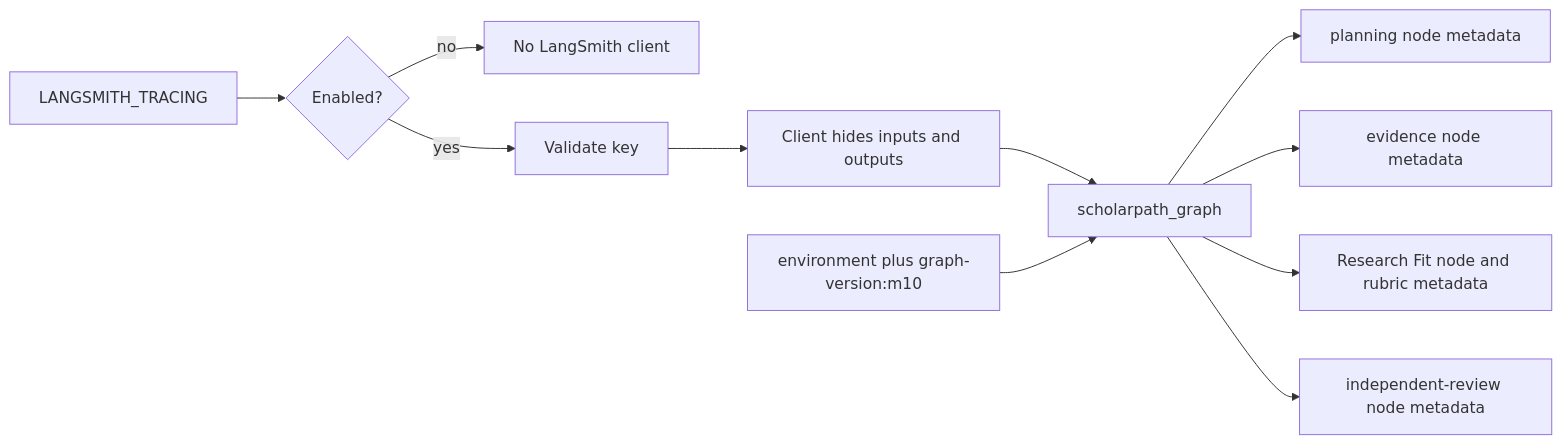
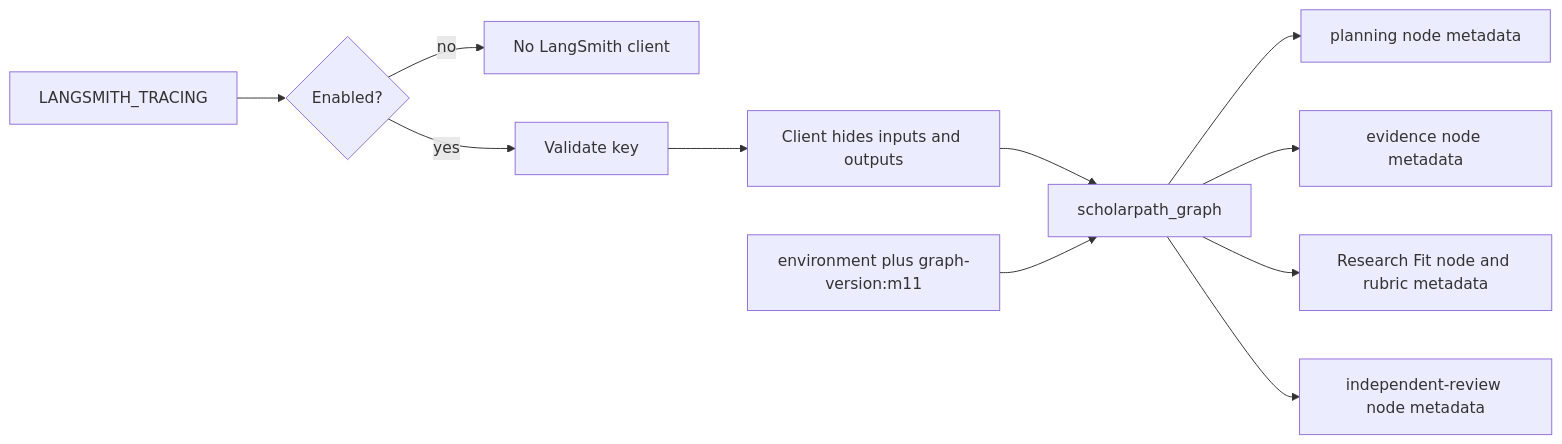
Before and after one commit to shanly-rajan/ai-builder: diagram 18 of 20 in projects/scholar-path/docs/architecture.md, drawn with Mermaid. The commit also changed other lines of this file and 25 other files, not shown here.

````diff
--- a/projects/scholar-path/docs/architecture.md
+++ b/projects/scholar-path/docs/architecture.md
@@ -633,13 +681,13 @@
 ```mermaid
 flowchart LR
     Env[LANGSMITH_TRACING] --> Enabled{Enabled?}
     Enabled -->|no| Off[No LangSmith client]
     Enabled -->|yes| Key[Validate key]
     Key --> Client[Client hides inputs and outputs]
     Client --> Root[scholarpath_graph]
     Root --> PlanTrace[planning node metadata]
     Root --> EvidenceTrace[evidence node metadata]
     Root --> FitTrace[Research Fit node and rubric metadata]
     Root --> ReviewTrace[independent-review node metadata]
-    Tags[environment plus graph-version:m10] --> Root
+    Tags[environment plus graph-version:m11] --> Root
 ```
````
